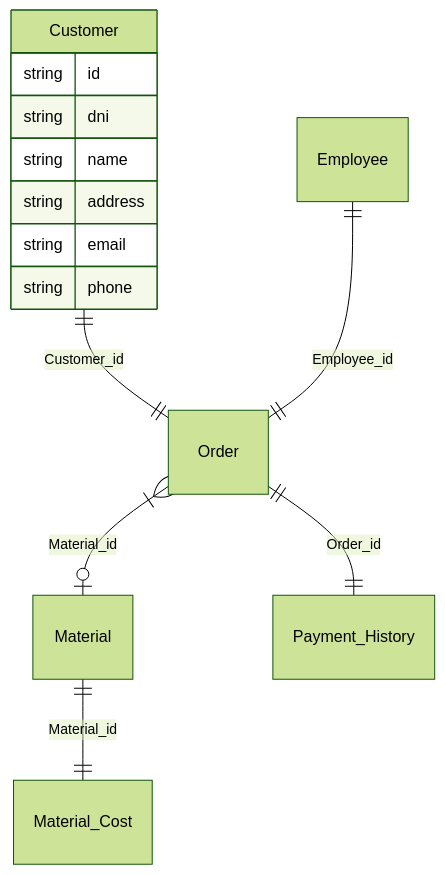
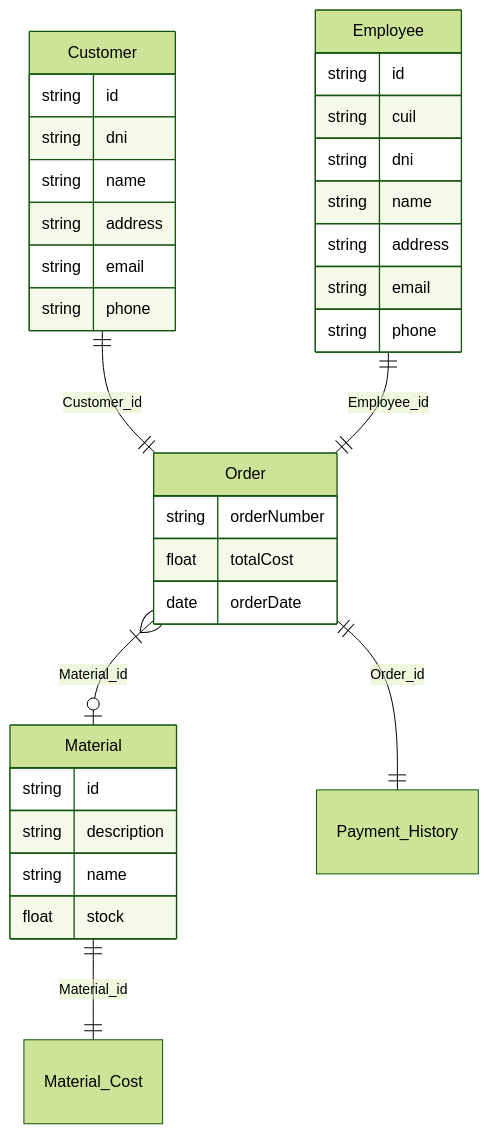
One commit to utnfrrodsw/tp changed the diagram in proposal.md. Above: the diagram before and after it, drawn with Mermaid (forest theme).

Commit message:
Agrego atributos al modelo de dominio

````diff
--- a/proposal.md
+++ b/proposal.md
@@ -17,29 +17,46 @@
 ```mermaid
 erDiagram
 
 Customer{
 string id
 string dni
 string name
 string address
 string email
 string phone
 }
 
-Employee
+Employee{
+string id
+string cuil
+string dni
+string name
+string address
+string email
+string phone
+}
 
-Order
+Order{
+string orderNumber
+float totalCost
+date orderDate    
+}
 
-Material
+Material{
+string id
+string description
+string name
+float stock
+}
 
 Material_Cost
 
 Payment_History
 
 
 Customer ||--|| Order:Customer_id
 Employee ||--|| Order:Employee_id
 Order }|--o| Material:Material_id
 Order ||--|| Payment_History:Order_id
 Material ||--|| Material_Cost:Material_id 
 ```
````
